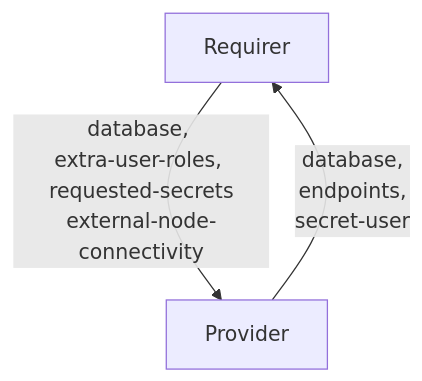
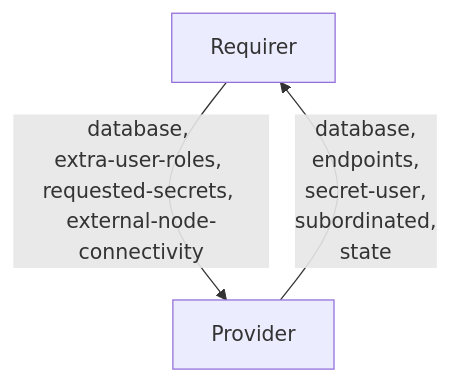
The diagram in interfaces/postgresql_client/v0/README.md (canonical/charm-relation-interfaces), drawn with Mermaid before and after one commit. The commit also changed other lines of this file and 1 other file, not shown here.

Commit message:
Subordinated router scale up

````diff
--- a/interfaces/postgresql_client/v0/README.md
+++ b/interfaces/postgresql_client/v0/README.md
@@ -14,5 +14,5 @@
 ```mermaid
 flowchart TD
-    Requirer -- database, \nextra-user-roles, \nrequested-secrets\nexternal-node-connectivity --> Provider
-    Provider -- database, \nendpoints, \nsecret-user --> Requirer
+    Requirer -- database, \nextra-user-roles, \nrequested-secrets, \nexternal-node-connectivity --> Provider
+    Provider -- database, \nendpoints, \nsecret-user, \nsubordinated, \nstate--> Requirer
 ```
````
